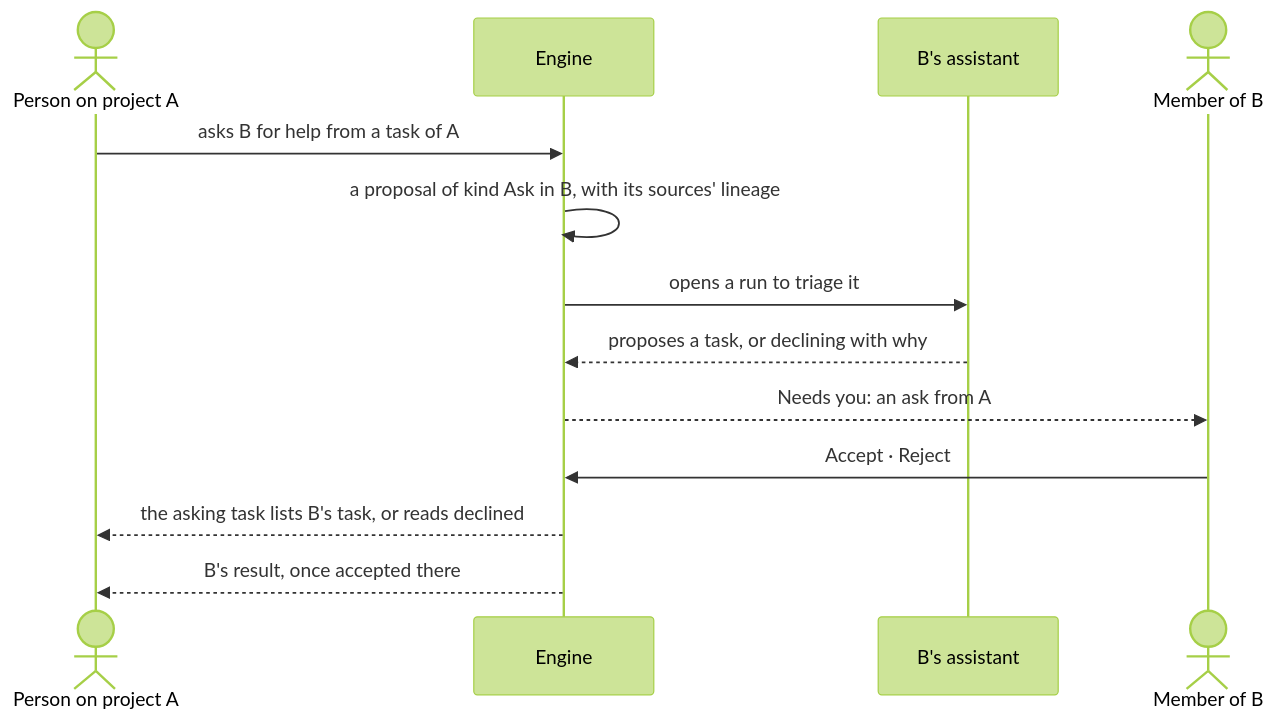
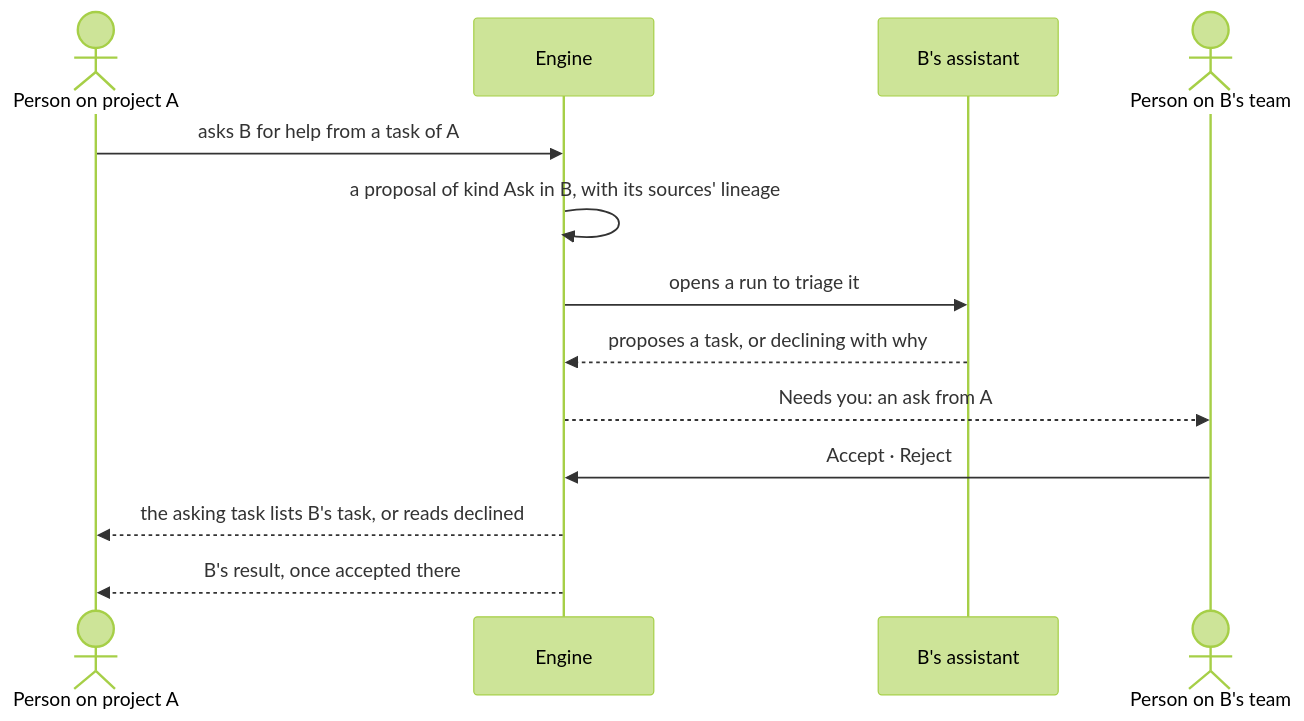
Before and after one commit to invana/invana: the second of 2 diagrams in specs/capabilities/projects/features/PJ-F01-projects-and-tasks/stories/PJ-24-ask-another-project-for-help/story.md, drawn with Mermaid (forest theme). The commit also changed other lines of this file and 106 other files, not shown here.

````diff
--- a/specs/capabilities/projects/features/PJ-F01-projects-and-tasks/stories/PJ-24-ask-another-project-for-help/story.md
+++ b/specs/capabilities/projects/features/PJ-F01-projects-and-tasks/stories/PJ-24-ask-another-project-for-help/story.md
@@ -47,15 +47,15 @@
 ```mermaid
 sequenceDiagram
   actor P as Person on project A
   participant E as Engine
   participant PB as B's assistant
-  actor M as Member of B
+  actor M as Person on B's team
   P->>E: asks B for help from a task of A
   E->>E: a proposal of kind Ask in B, with its sources' lineage
   E->>PB: opens a run to triage it
   PB-->>E: proposes a task, or declining with why
   E-->>M: Needs you: an ask from A
   M->>E: Accept · Reject
   E-->>P: the asking task lists B's task, or reads declined
   E-->>P: B's result, once accepted there
 ```
````
